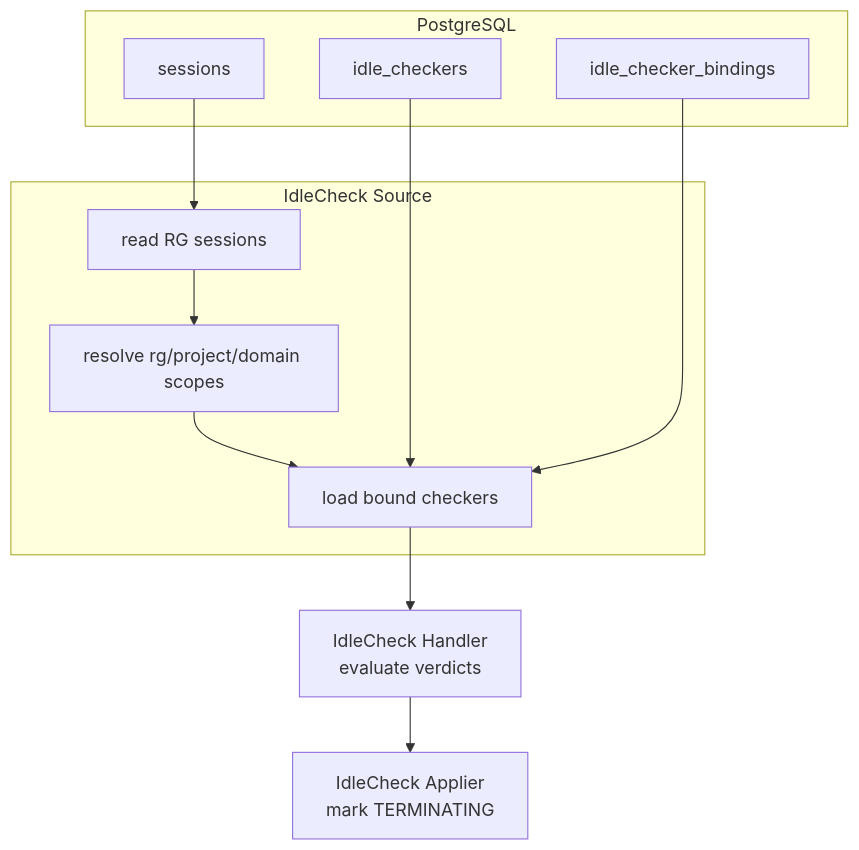
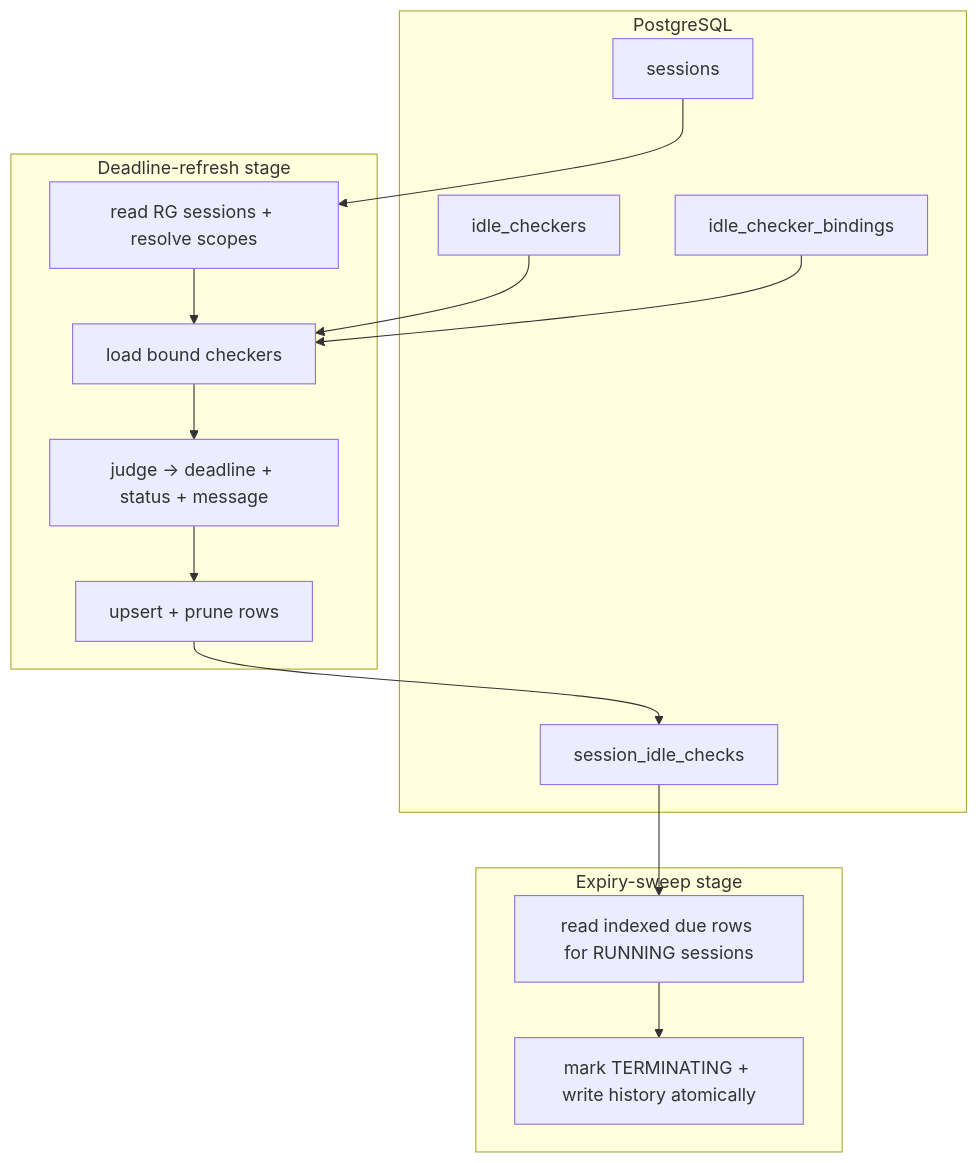
One commit to lablup/backend.ai changed the second of 2 diagrams in proposals/BEP-1054-reconciler-based-idle-checker.md. Above: the diagram before and after it, drawn with Mermaid. The commit also changed other lines of this file and 1 other file, not shown here.

Commit message:
docs(BA-6908): DB-backed idle deadlines + refresh/sweep split (BEP-1054) (#12900)

````diff
--- a/proposals/BEP-1054-reconciler-based-idle-checker.md
+++ b/proposals/BEP-1054-reconciler-based-idle-checker.md
@@ -241,23 +295,27 @@
 ```mermaid
 flowchart TB
     subgraph DB[PostgreSQL]
         Sessions[sessions]
         Checkers[idle_checkers]
         Bindings[idle_checker_bindings]
+        Deadlines[session_idle_checks]
     end
 
-    subgraph Source[IdleCheck Source]
-        ReadSessions[read RG sessions]
-        ResolveScopes[resolve rg/project/domain scopes]
+    subgraph Refresh[Deadline-refresh stage]
+        ReadSessions[read RG sessions + resolve scopes]
         LoadCheckers[load bound checkers]
+        Judge[judge -> deadline + status + message]
+        Upsert[upsert + prune rows]
     end
 
-    Handler[IdleCheck Handler<br/>evaluate verdicts]
-    Applier[IdleCheck Applier<br/>mark TERMINATING]
+    subgraph Sweep[Expiry-sweep stage]
+        ReadDue[read indexed due rows for RUNNING sessions]
+        Mark[mark TERMINATING + write history atomically]
+    end
 
-    Sessions --> ReadSessions --> ResolveScopes --> LoadCheckers
+    Sessions --> ReadSessions --> LoadCheckers
     Checkers --> LoadCheckers
     Bindings --> LoadCheckers
-    LoadCheckers --> Handler
-    Handler --> Applier
+    LoadCheckers --> Judge --> Upsert --> Deadlines
+    Deadlines --> ReadDue --> Mark
 ```
````
